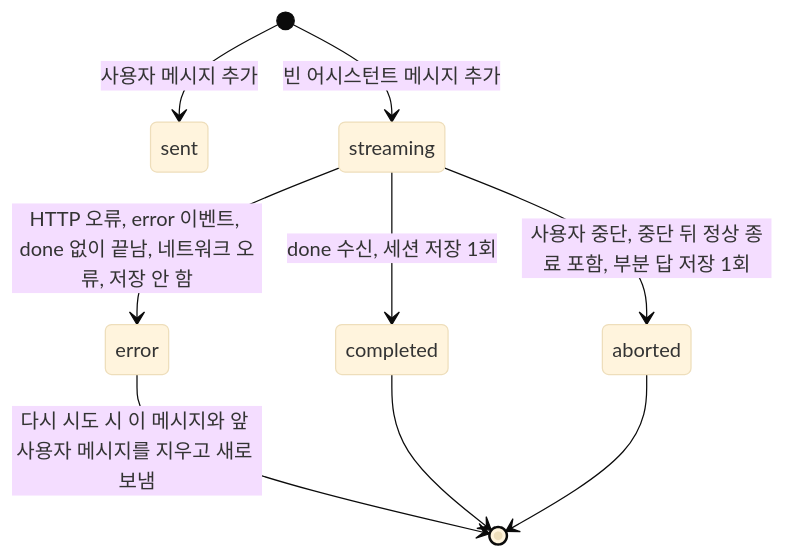
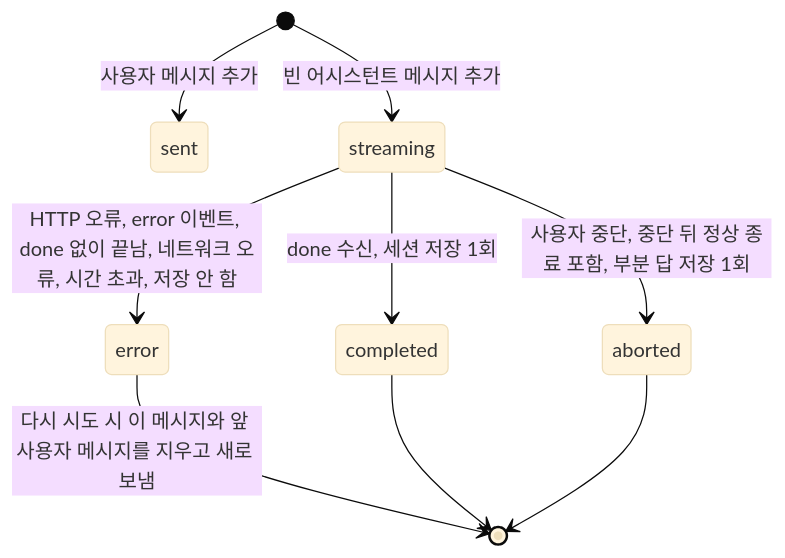
The sixth of 6 diagrams in docs/spec-writer/03_POLICIES_AND_EDGES.md (ozplayground/agent-lens), drawn with Mermaid (base theme) before and after one commit. The commit also changed other lines of this file and 216 other files, not shown here.

````diff
--- a/docs/spec-writer/03_POLICIES_AND_EDGES.md
+++ b/docs/spec-writer/03_POLICIES_AND_EDGES.md
@@ -128,11 +134,11 @@
 ```mermaid
 stateDiagram-v2
     [*] --> sent: 사용자 메시지 추가
     [*] --> streaming: 빈 어시스턴트 메시지 추가
     streaming --> completed: done 수신, 세션 저장 1회
     streaming --> aborted: 사용자 중단, 중단 뒤 정상 종료 포함, 부분 답 저장 1회
-    streaming --> error: HTTP 오류, error 이벤트, done 없이 끝남, 네트워크 오류, 저장 안 함
+    streaming --> error: HTTP 오류, error 이벤트, done 없이 끝남, 네트워크 오류, 시간 초과, 저장 안 함
     error --> [*]: 다시 시도 시 이 메시지와 앞 사용자 메시지를 지우고 새로 보냄
     completed --> [*]
     aborted --> [*]
 ```
````
